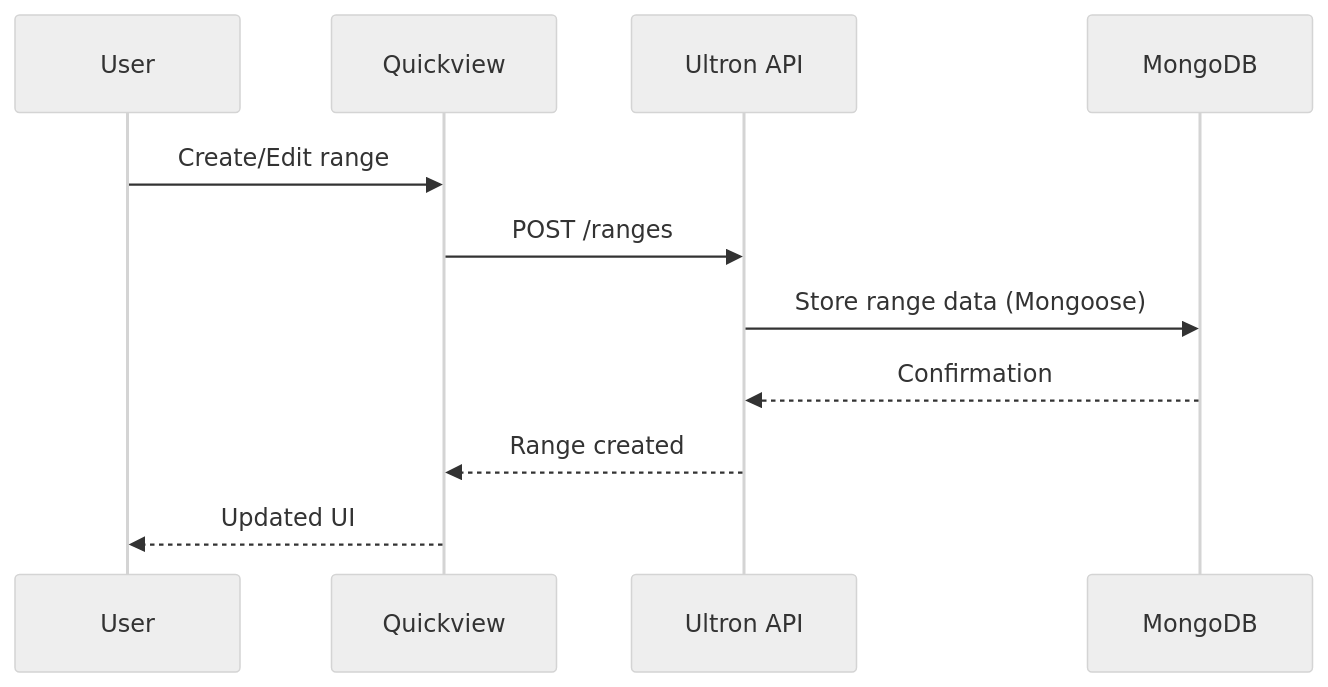
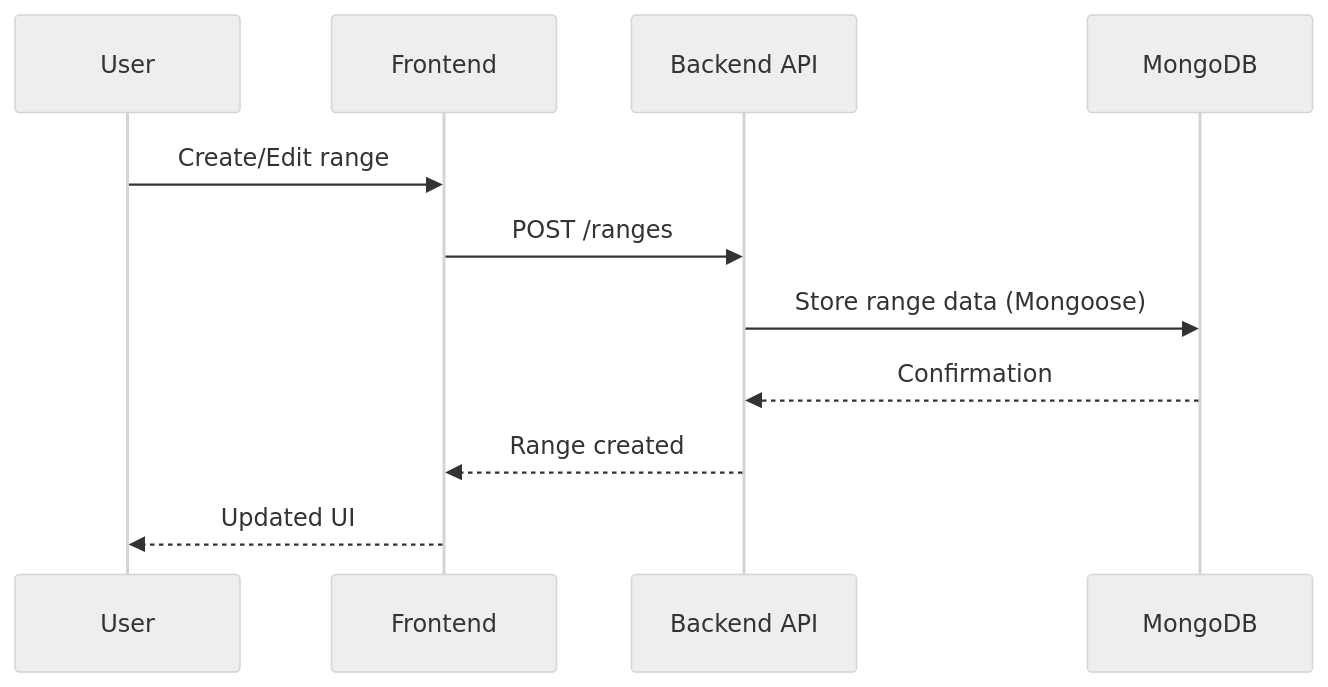
Before and after one commit to jmon14/texas: the third of 3 diagrams in docs/architecture.md, drawn with Mermaid (neutral theme). The commit also changed other lines of this file and 266 other files, not shown here.

````diff
--- a/docs/architecture.md
+++ b/docs/architecture.md
@@ -140,14 +140,14 @@
 ```mermaid
 sequenceDiagram
     participant User as User
-    participant QV as Quickview
-    participant Ultron as Ultron API
+    participant FE as Frontend
+    participant BE as Backend API
     participant Mongo as MongoDB
 
-    User->>QV: Create/Edit range
-    QV->>Ultron: POST /ranges
-    Ultron->>Mongo: Store range data (Mongoose)
-    Mongo-->>Ultron: Confirmation
-    Ultron-->>QV: Range created
-    QV-->>User: Updated UI
+    User->>FE: Create/Edit range
+    FE->>BE: POST /ranges
+    BE->>Mongo: Store range data (Mongoose)
+    Mongo-->>BE: Confirmation
+    BE-->>FE: Range created
+    FE-->>User: Updated UI
 ```
````
